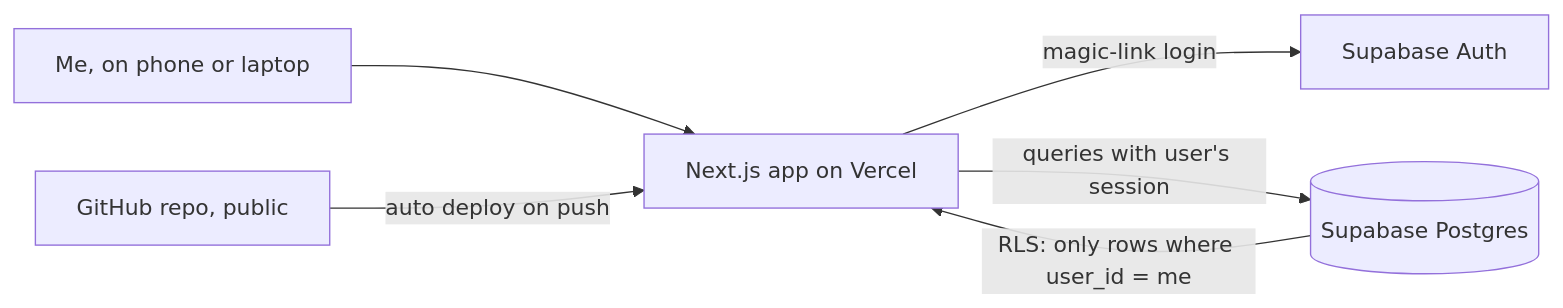
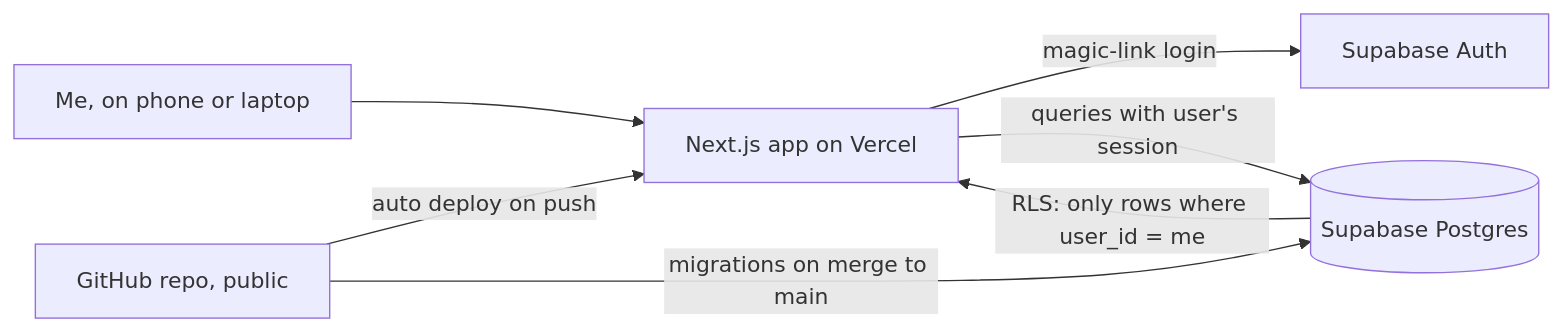
The diagram in SPEC.md (AE-CuriousSolver/Horizon), drawn with Mermaid before and after one commit. The commit also changed other lines of this file, not shown here.

````diff
--- a/SPEC.md
+++ b/SPEC.md
@@ -48,8 +52,9 @@
 ```mermaid
 flowchart LR
   U[Me, on phone or laptop] --> V[Next.js app on Vercel]
   V -->|magic-link login| A[Supabase Auth]
   V -->|queries with user's session| DB[(Supabase Postgres)]
   DB -->|RLS: only rows where user_id = me| V
   GH[GitHub repo, public] -->|auto deploy on push| V
+  GH -->|migrations on merge to main| DB
 ```
````
